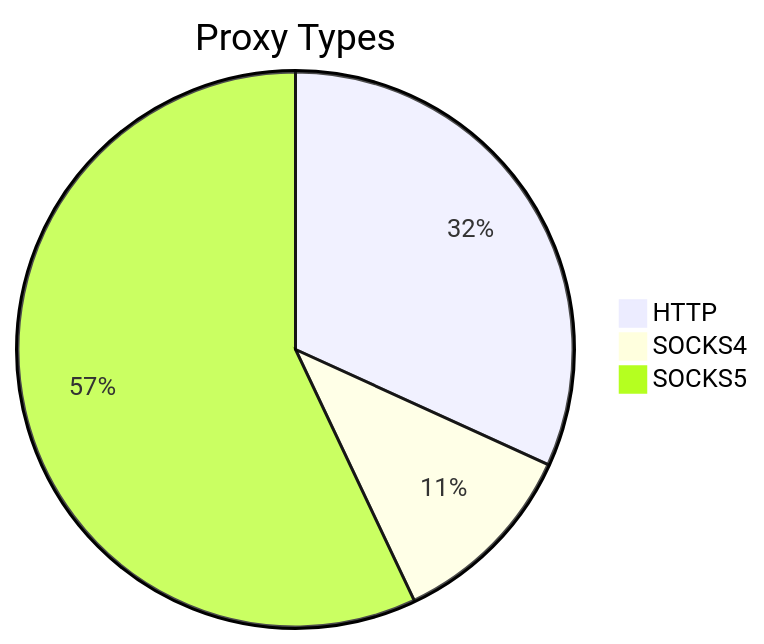
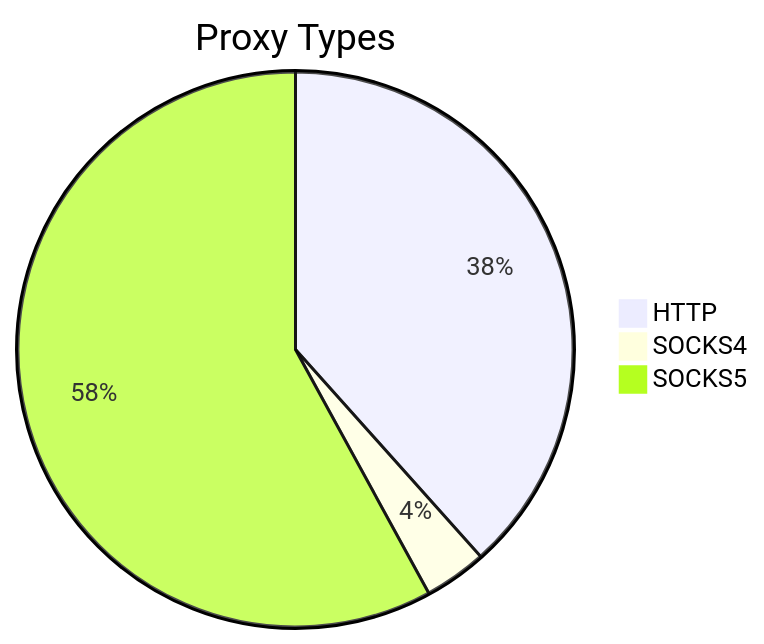
The first of 2 diagrams in README.md (stormsia/proxy-list), drawn with Mermaid before and after one commit. The commit also changed other lines of this file, not shown here.

````diff
--- a/README.md
+++ b/README.md
@@ -21,6 +21,6 @@
 ```mermaid
 pie title Proxy Types
-    "HTTP" : 285
-    "SOCKS4" : 100
-    "SOCKS5" : 511
+    "HTTP" : 200
+    "SOCKS4" : 19
+    "SOCKS5" : 302
 ```
````
